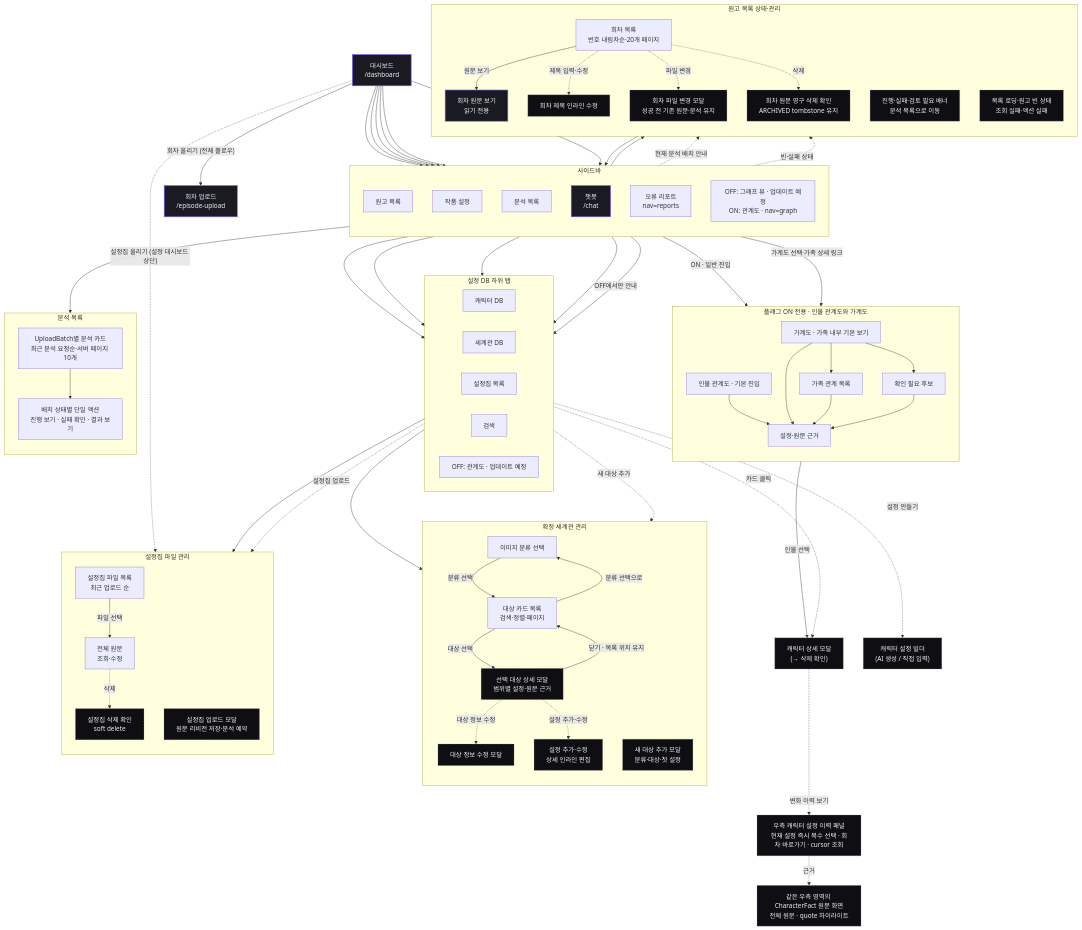
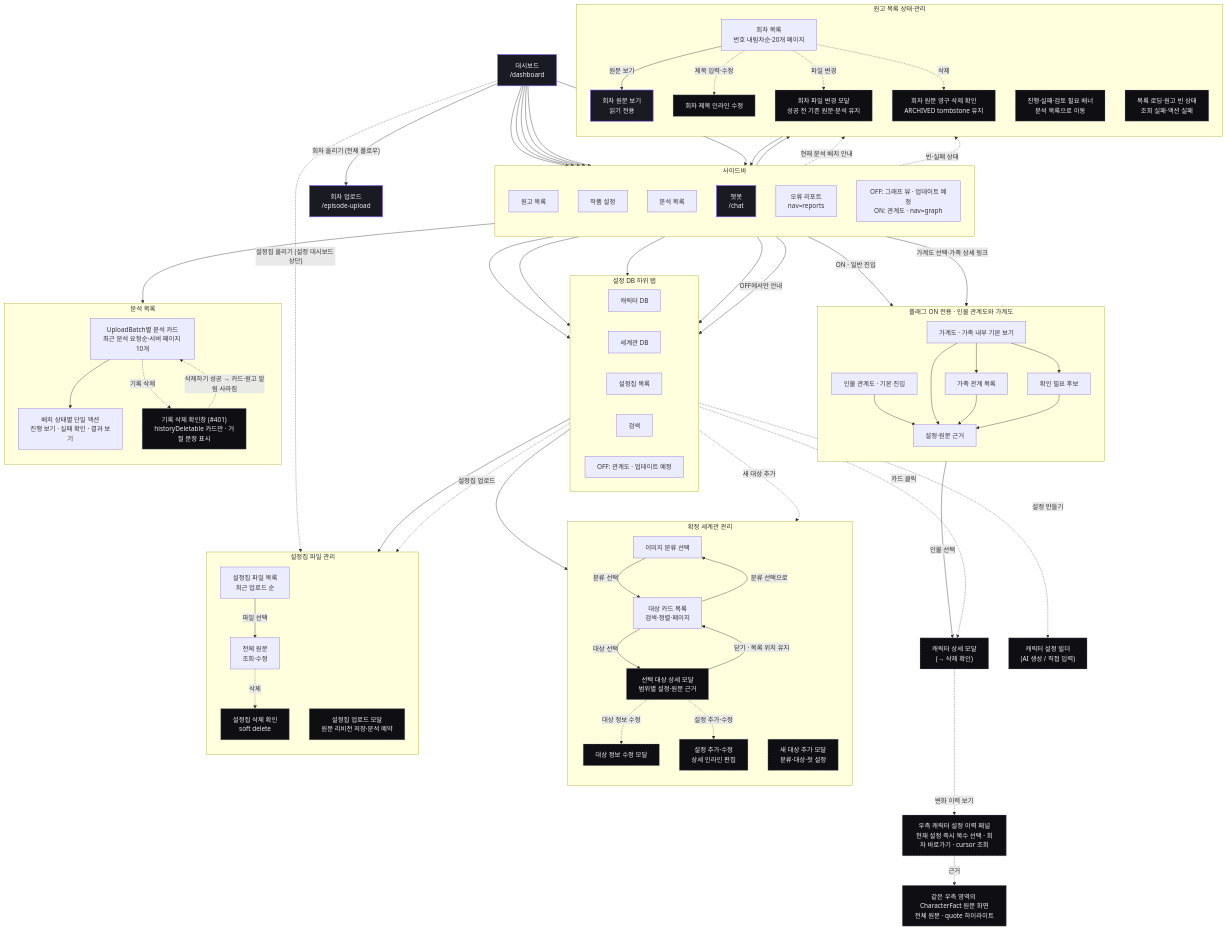
The eighth of 19 diagrams in docs/screen-flow.md (catchhole-soma/catchhole-front), drawn with Mermaid before and after one commit. The commit also changed other lines of this file, not shown here.

Commit message:
docs(analysis): 화면 흐름에 분석 기록 삭제 확인창을 더한다
- docs/screen-flow.md 분석 목록 다이어그램에 기록 삭제 확인창 노드와 성공 시 카드·원고 알림이 사라지는 흐름을 더했다.
- 버튼 노출 조건(historyDeletable), 거절 문장 표시와 다시 시도, 취소·Esc의 초점 복귀를 설명 단락으로 남겼다(Codex P1의 화면 흐름 동기화 요구).
- Pencil design/catchhole.pen 동기화는 긴급 배포 뒤 후속으로 미루고 이 커밋은 문서만 담았다.

```diff
--- a/docs/screen-flow.md
+++ b/docs/screen-flow.md
@@ -442,9 +442,12 @@
     direction TB
     analysis_batches["UploadBatch별 분석 카드<br/>최근 분석 요청순·서버 페이지 10개"]
     analysis_actions["배치 상태별 단일 액션<br/>진행 보기 · 실패 확인 · 결과 보기"]
+    analysis_history_delete["기록 삭제 확인창 (#401)<br/>historyDeletable 카드만 · 거절 문장 표시"]:::modal
   end
   nav_analyses --> analysis_batches
   analysis_batches --> analysis_actions
+  analysis_batches -. "기록 삭제" .-> analysis_history_delete
+  analysis_history_delete -. "삭제하기 성공 → 카드·원고 알림 사라짐" .-> analysis_batches
 
   t_char -. "카드 클릭" .-> m_chardetail["캐릭터 상세 모달<br/>(→ 삭제 확인)"]:::modal
   t_char -. "설정 만들기" .-> m_settings["캐릭터 설정 빌더<br/>(AI 생성 / 직접 입력)"]:::modal
```
